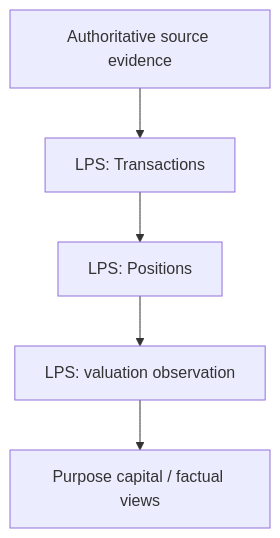
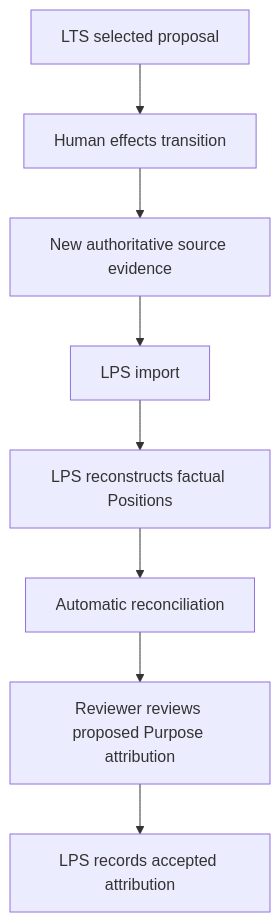
Diagram 13 of 14 in docs/Lakshya_Pipeline_Sequence.md (rrajeshkannan/lakshya), drawn with Mermaid before and after one commit. The commit also changed other lines of this file, not shown here.

Commit message:
docs: resurrect and enrich pipeline sequence

````diff
--- a/docs/Lakshya_Pipeline_Sequence.md
+++ b/docs/Lakshya_Pipeline_Sequence.md
@@ -46,7 +795,10 @@
 ```mermaid
 flowchart TD
-    A[Authoritative source evidence] --> B[LPS: Transactions]
-    B --> C[LPS: Positions]
-    C --> D[LPS: valuation observation]
-    D --> E[Purpose capital / factual views]
+    A[LTS selected proposal] --> B[Human effects transition]
+    B --> C[New authoritative source evidence]
+    C --> D[LPS import]
+    D --> E[LPS reconstructs factual Positions]
+    E --> F[Automatic reconciliation]
+    F --> G[Reviewer reviews proposed Purpose attribution]
+    G --> H[LPS records accepted attribution]
 ```
````
